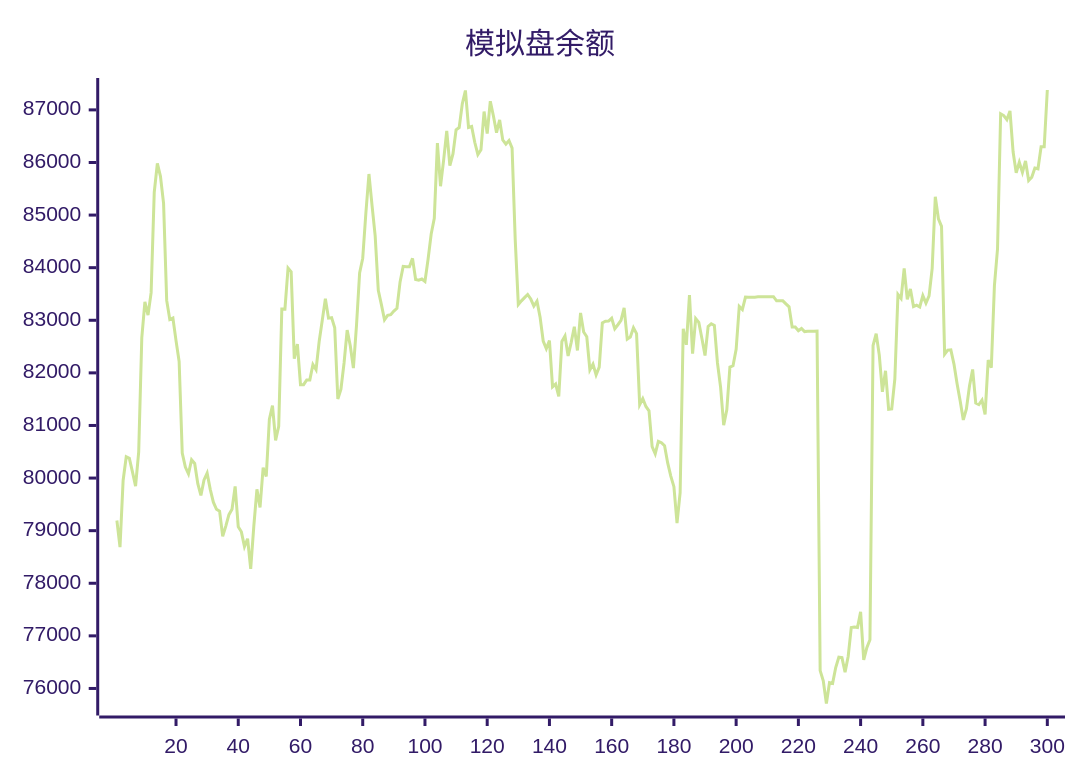
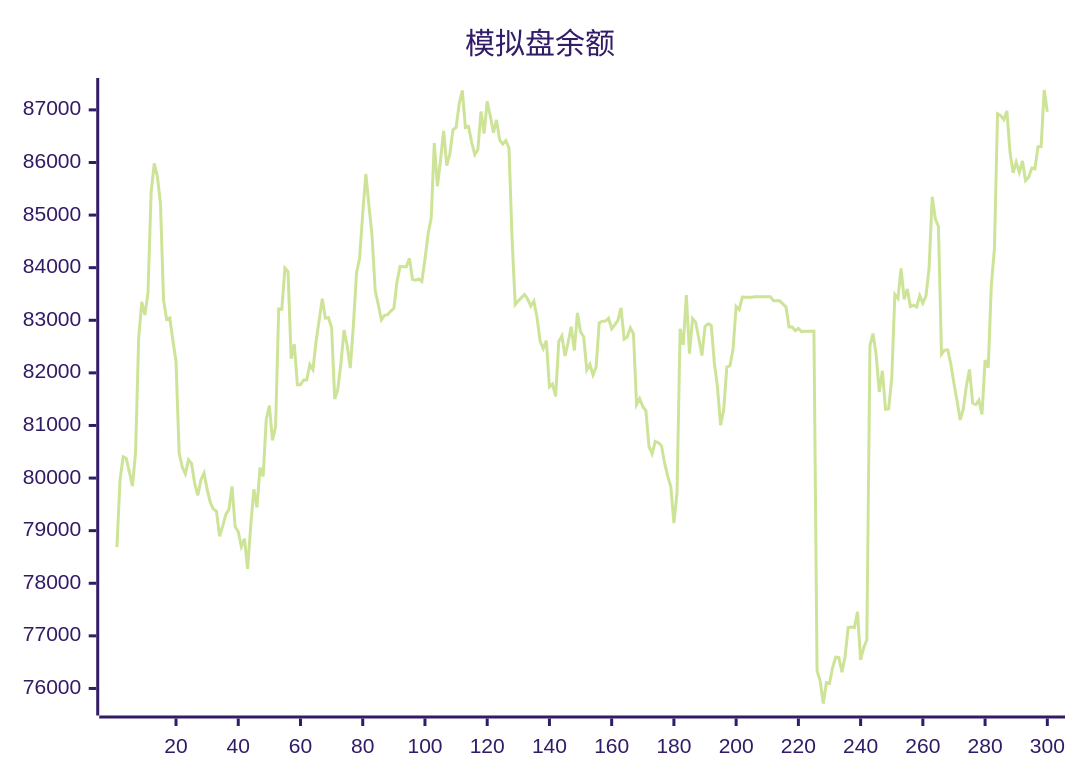
Before and after one commit to aahl/ai-trading: the diagram in README.md, drawn with Mermaid (forest theme). The commit also changed other lines of this file and 1 other file, not shown here.

````diff
--- a/README.md
+++ b/README.md
@@ -5,5 +5,5 @@
 ```mermaid
 xychart
     title "模拟盘余额"
-    line [79193,78686,79954,80403,80374,80118,79848,80491,82665,83351,83098,83525,85430,85983,85737,85221,83378,83014,83043,82613,82216,80477,80208,80081,80348,80277,79894,79670,79965,80093,79786,79542,79406,79371,78893,79087,79304,79406,79841,79072,78978,78696,78846,78272,79085,79787,79442,80198,80031,81120,81379,80718,80985,83214,83212,83993,83921,82270,82547,81776,81776,81866,81866,82158,82061,82596,83000,83408,83041,83050,82858,81503,81691,82188,82812,82517,82092,82901,83898,84180,85030,85781,85178,84604,83569,83298,83008,83093,83107,83175,83228,83729,84025,84017,84019,84177,83775,83762,83785,83738,84160,84639,84939,86370,85548,86046,86599,85942,86161,86622,86664,87115,87369,86666,86685,86384,86152,86243,86969,86548,87164,86885,86566,86809,86427,86348,86417,86273,84538,83299,83369,83430,83490,83404,83270,83362,83056,82605,82459,82614,81734,81788,81551,82598,82702,82320,82580,82878,82426,83139,82778,82686,82056,82166,81963,82110,82951,82983,82984,83038,82838,82915,82998,83235,82642,82682,82858,82746,81396,81512,81362,81277,80600,80461,80699,80673,80616,80288,80038,79836,79142,79722,82837,82533,83480,82366,83032,82960,82654,82330,82883,82934,82901,82188,81728,81005,81298,82110,82135,82449,83264,83203,83440,83439,83440,83440,83446,83447,83448,83447,83448,83449,83369,83369,83369,83313,83256,82872,82873,82801,82844,82785,82791,82791,82793,82794,76339,76145,75714,76110,76096,76397,76594,76585,76310,76607,77160,77170,77160,77456,76541,76774,76927,82520,82744,82337,81639,82040,81307,81314,81887,83490,83414,83984,83396,83594,83261,83287,83253,83470,83327,83465,83987,85348,84930,84786,82355,82433,82438,82167,81795,81466,81105,81315,81756,82064,81426,81398,81481,81210,82242,82099,83658,84359,86925,86892,86814,86980,86203,85802,86003,85811,86028,85657,85721,85896,85880,86300,86299,87378]
+    line [78686,79954,80403,80374,80118,79848,80491,82665,83351,83098,83525,85430,85983,85737,85221,83378,83014,83043,82613,82216,80477,80208,80081,80348,80277,79894,79670,79965,80093,79786,79542,79406,79371,78893,79087,79304,79406,79841,79072,78978,78696,78846,78272,79085,79787,79442,80198,80031,81120,81379,80718,80985,83214,83212,83993,83921,82270,82547,81776,81776,81866,81866,82158,82061,82596,83000,83408,83041,83050,82858,81503,81691,82188,82812,82517,82092,82901,83898,84180,85030,85781,85178,84604,83569,83298,83008,83093,83107,83175,83228,83729,84025,84017,84019,84177,83775,83762,83785,83738,84160,84639,84939,86370,85548,86046,86599,85942,86161,86622,86664,87115,87369,86666,86685,86384,86152,86243,86969,86548,87164,86885,86566,86809,86427,86348,86417,86273,84538,83299,83369,83430,83490,83404,83270,83362,83056,82605,82459,82614,81734,81788,81551,82598,82702,82320,82580,82878,82426,83139,82778,82686,82056,82166,81963,82110,82951,82983,82984,83038,82838,82915,82998,83235,82642,82682,82858,82746,81396,81512,81362,81277,80600,80461,80699,80673,80616,80288,80038,79836,79142,79722,82837,82533,83480,82366,83032,82960,82654,82330,82883,82934,82901,82188,81728,81005,81298,82110,82135,82449,83264,83203,83440,83439,83440,83440,83446,83447,83448,83447,83448,83449,83369,83369,83369,83313,83256,82872,82873,82801,82844,82785,82791,82791,82793,82794,76339,76145,75714,76110,76096,76397,76594,76585,76310,76607,77160,77170,77160,77456,76541,76774,76927,82520,82744,82337,81639,82040,81307,81314,81887,83490,83414,83984,83396,83594,83261,83287,83253,83470,83327,83465,83987,85348,84930,84786,82355,82433,82438,82167,81795,81466,81105,81315,81756,82064,81426,81398,81481,81210,82242,82099,83658,84359,86925,86892,86814,86980,86203,85802,86003,85811,86028,85657,85721,85896,85880,86300,86299,87378,86965]
 ```
````
